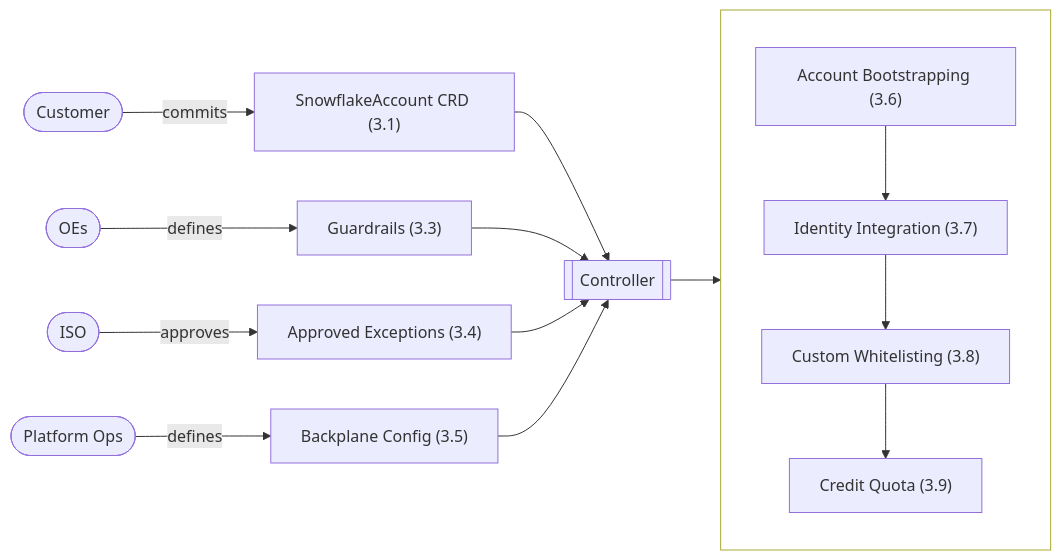
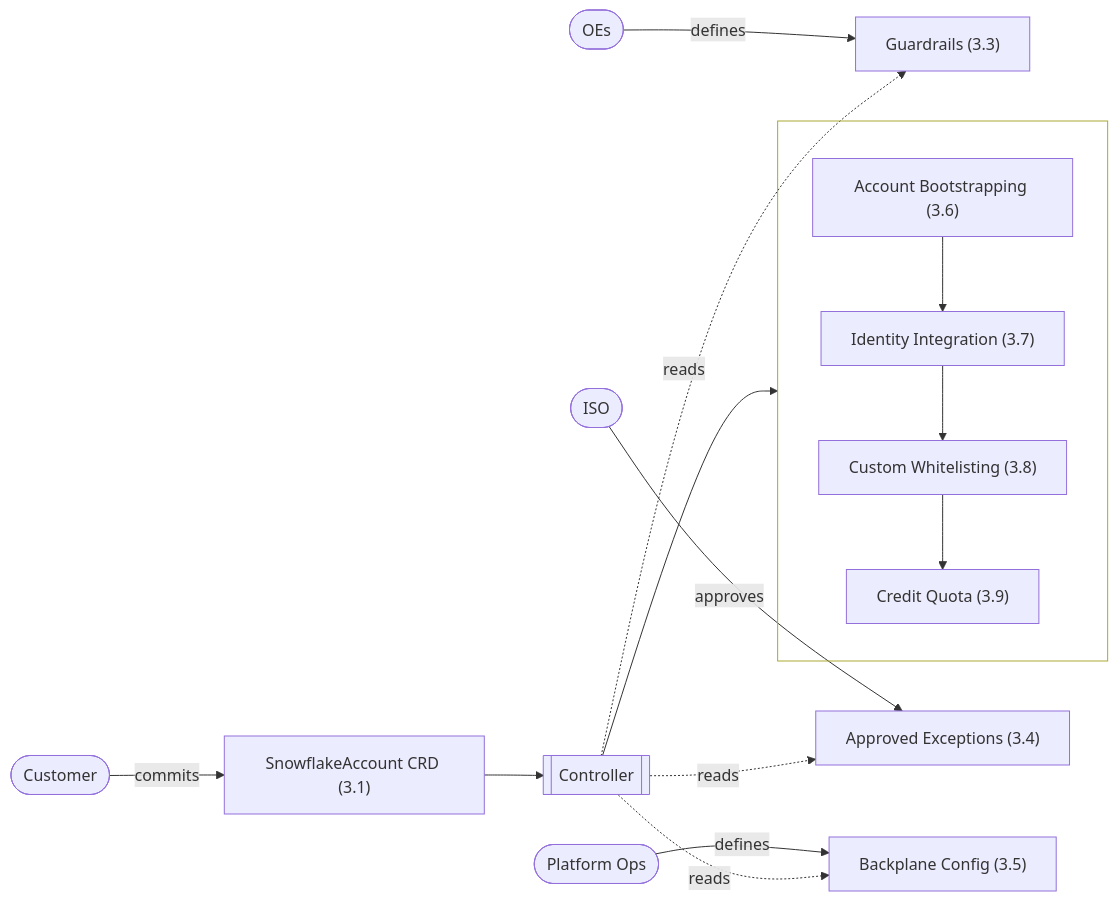
One commit to allianz/yukimi changed the first of 2 diagrams in specs/design.md. Above: the diagram before and after it, drawn with Mermaid.

````diff
--- a/specs/design.md
+++ b/specs/design.md
@@ -143,23 +143,24 @@
 ```mermaid
 flowchart LR
     Customer([Customer]) -->|commits| CRD["SnowflakeAccount CRD (3.1)"]
-    OEs([OEs]) -->|defines| Guardrails["Guardrails (3.3)"]
-    ISO([ISO]) -->|approves| Exceptions["Approved Exceptions (3.4)"]
-    Ops([Platform Ops]) -->|defines| BackplaneConfig["Backplane Config (3.5)"]
+    CRD --> Controller[[Controller]]
 
-    CRD --> Controller[[Controller]]
-    Guardrails --> Controller
-    Exceptions --> Controller
-    BackplaneConfig --> Controller
+    Controller -.->|reads| Guardrails["Guardrails (3.3)"]
+    Controller -.->|reads| Exceptions["Approved Exceptions (3.4)"]
+    Controller -.->|reads| BackplaneConfig["Backplane Config (3.5)"]
+
+    OEs([OEs]) -->|defines| Guardrails
+    ISO([ISO]) -->|approves| Exceptions
+    Ops([Platform Ops]) -->|defines| BackplaneConfig
 
     Controller --> CreateFlow
 
     subgraph createFlowGroup [" "]
         direction TB
         CreateFlow["Account Bootstrapping (3.6)"] --> IdentityIntegration["Identity Integration (3.7)"]
         IdentityIntegration --> Whitelisting["Custom Whitelisting (3.8)"]
         Whitelisting --> CreditQuota["Credit Quota (3.9)"]
     end
 
     style createFlowGroup fill:transparent
 ```
````
